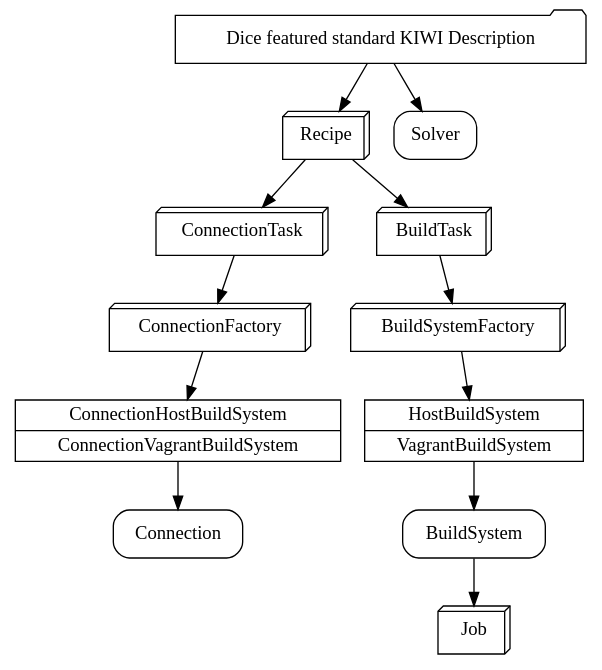
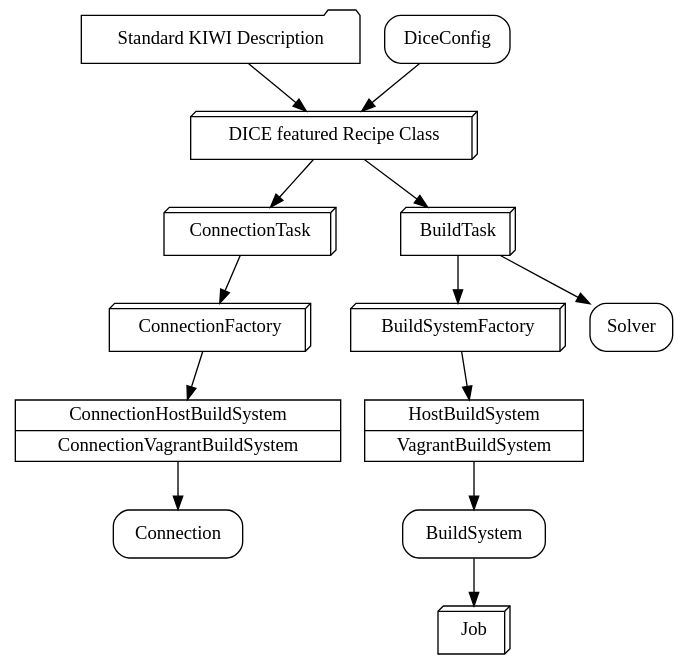
One commit to OSInside/dice changed the diagram in .dice.dot. Above: the diagram before and after it, drawn with Graphviz. The commit also changed 5 other files, not shown here.

Commit message:
Let BuildTask inherit from Solver

```diff
--- a/.dice.dot
+++ b/.dice.dot
@@ -1,65 +1,70 @@
-// dot -Gsplines=ortho -Tpng -oMyGraph.png dice/.dice.dot
+// dot -Gsplines=ortho -Tpng -o .dice.png .dice.dot
 
 digraph Dice {
   {
     node [shape=box3d]
     Job
     BuildSystemFactory
     ConnectionTask
     BuildTask
     ConnectionFactory
-    Recipe
+    Recipe [label="DICE featured Recipe Class"]
 //    Command
 //    DiceConfig
   }
   
   {
     node [shape=folder]
-    Description [label="Dice featured standard KIWI Description"]
+    Description [label="Standard KIWI Description"]
   }
 
   {
     node [shape=box style=rounded]
 //    Logger
     Solver
     Recipe
     BuildSystem
     Connection
+    DiceConfig
   }
 
   {
     node [shape=record]
     BSFactory [label="{HostBuildSystem|VagrantBuildSystem}"]
   }
 
   {
     node [shape=record]
     CBSFactory [label="{ConnectionHostBuildSystem|ConnectionVagrantBuildSystem}"]
   }
 
+  DiceConfig -> Recipe
+
   Description -> Recipe
 
   Recipe -> BuildTask
 
   Recipe -> ConnectionTask
 
-  Description -> Solver
+//  Description -> Solver
 
   BuildSystemFactory -> BSFactory
 
   BuildTask -> BuildSystemFactory
+
+  BuildTask -> Solver
 
   BSFactory -> BuildSystem
 
   BuildSystem -> Job
 
   ConnectionFactory -> CBSFactory
 
   ConnectionTask -> ConnectionFactory
 
   CBSFactory -> Connection
 
 
 //  DiceConfig -> Recipe
 
 }
```
